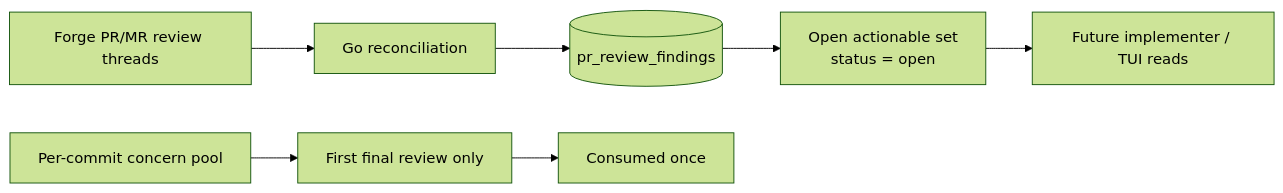
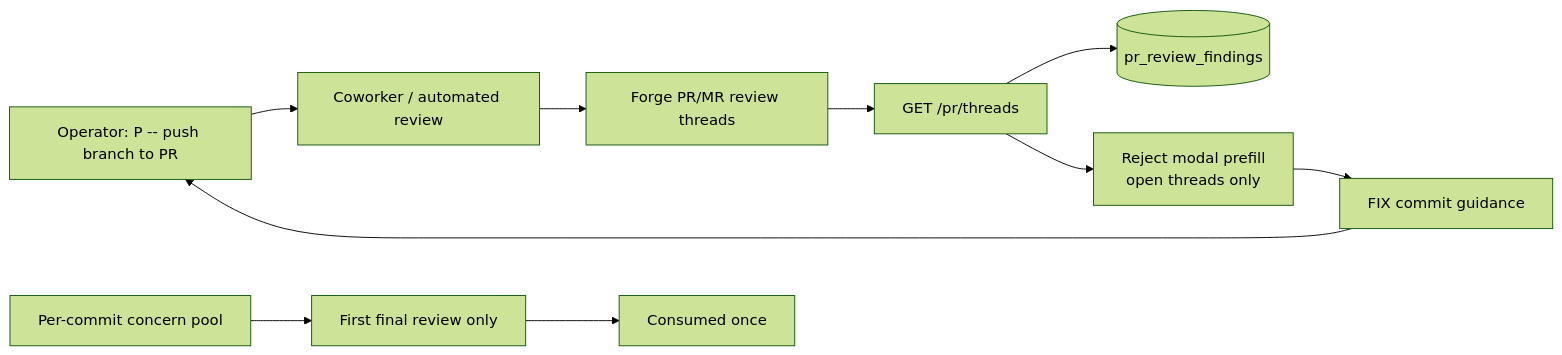
Before and after one commit to codr1/hashd-code: diagram 18 of 19 in WF.md, drawn with Mermaid (forest theme). The commit also changed other lines of this file and 5 other files, not shown here.

````diff
--- a/WF.md
+++ b/WF.md
@@ -2209,10 +2602,13 @@
 ```mermaid
 flowchart LR
-    F[Forge PR/MR review threads] --> R[Go reconciliation]
-    R --> L[(pr_review_findings)]
-    L --> O[Open actionable set<br/>status = open]
-    O --> UI[Future implementer / TUI reads]
+    P[Operator: P -- push branch to PR] --> RV[Coworker / automated review]
+    RV --> F[Forge PR/MR review threads]
+    F --> T["GET /pr/threads"]
+    T --> L[(pr_review_findings)]
+    T --> M[Reject modal prefill<br/>open threads only]
+    M --> FIX[FIX commit guidance]
+    FIX --> P
 
     C[Per-commit concern pool] --> FR[First final review only]
     FR --> X[Consumed once]
 ```
````
